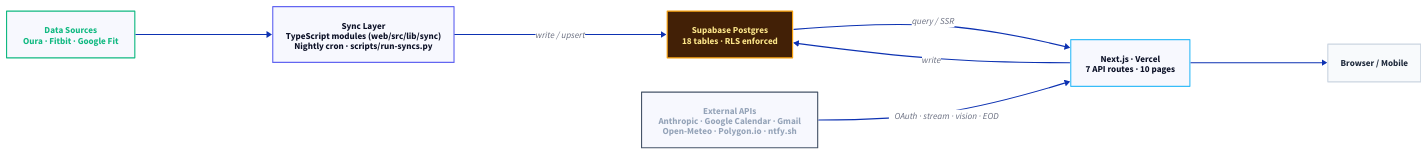
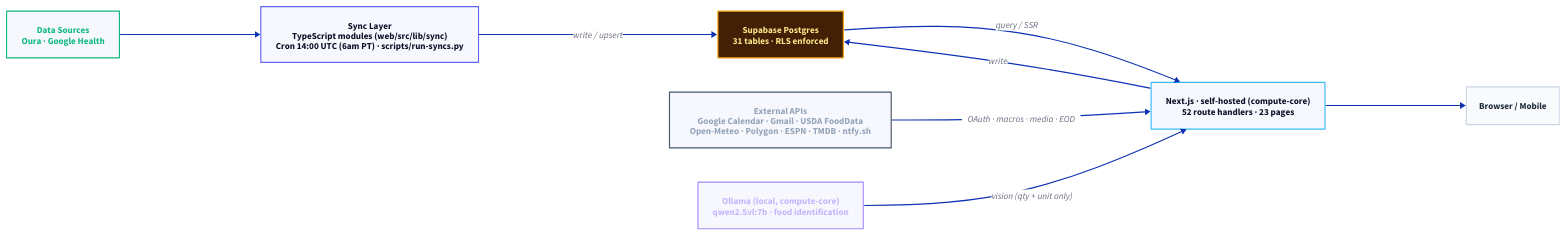
Before and after one commit to Theioz/mr-bridge-assistant: the diagram in docs/architecture.d2, drawn with D2. The commit also changed 1 other file, not shown here.

First paragraph of the commit message:
docs: correct the architecture diagram's stale content (#663)
Regenerating the SVG in #662 made the other labels legible. Four were wrong, and
a fifth was an error I introduced in #661.

```diff
--- a/docs/architecture.d2
+++ b/docs/architecture.d2
@@ -1,43 +1,49 @@
 # To re-render:
 # d2 --layout=elk --theme=200 docs/architecture.d2 docs/architecture.svg && sed -i '' 's/data-d2-version="[^"]*" preserveAspectRatio="[^"]*" viewBox="/width="100%" viewBox="/' docs/architecture.svg
 # d2 --layout=elk --theme=200 --scale=2 docs/architecture.d2 docs/architecture.png
 
 direction: right
 
-data_sources: "Data Sources\nOura · Fitbit · Google Fit"
+data_sources: "Data Sources\nOura · Google Health"
 
-sync: "Sync Layer\nTypeScript modules (web/src/lib/sync)\nNightly cron · scripts/run-syncs.py"
+sync: "Sync Layer\nTypeScript modules (web/src/lib/sync)\nCron 14:00 UTC (6am PT) · scripts/run-syncs.py"
 
-supabase: "Supabase Postgres\n18 tables · RLS enforced"
+supabase: "Supabase Postgres\n31 tables · RLS enforced"
 
-nextjs: "Next.js · Vercel\n7 API routes · 10 pages"
+nextjs: "Next.js · self-hosted (compute-core)\n52 route handlers · 23 pages"
 
-external: "External APIs\nAnthropic · Google Calendar · Gmail\nOpen-Meteo · Polygon.io · ntfy.sh"
+external: "External APIs\nGoogle Calendar · Gmail · USDA FoodData\nOpen-Meteo · Polygon · ESPN · TMDB · ntfy.sh"
+
+ollama: "Ollama (local, compute-core)\nqwen2.5vl:7b · food identification"
 
 user: "Browser / Mobile"
 
 data_sources -> sync
 sync -> supabase: write / upsert
 supabase -> nextjs: query / SSR
 nextjs -> supabase: write
 nextjs -> user
-external -> nextjs: OAuth · stream · vision · EOD
+external -> nextjs: OAuth · macros · media · EOD
+ollama -> nextjs: vision (qty + unit only)
 
 data_sources.style.stroke: "#10B981"
 data_sources.style.font-color: "#10B981"
 
 sync.style.stroke: "#6366F1"
 
 supabase.style.fill: "#422006"
 supabase.style.stroke: "#F59E0B"
 supabase.style.font-color: "#FDE68A"
 supabase.style.bold: true
 
 nextjs.style.stroke: "#38BDF8"
 
 external.style.stroke: "#475569"
 external.style.font-color: "#94A3B8"
 
+ollama.style.stroke: "#A78BFA"
+ollama.style.font-color: "#C4B5FD"
+
 user.style.fill: "#F8FAFC"
 user.style.stroke: "#CBD5E1"
 user.style.font-color: "#1E293B"
```
